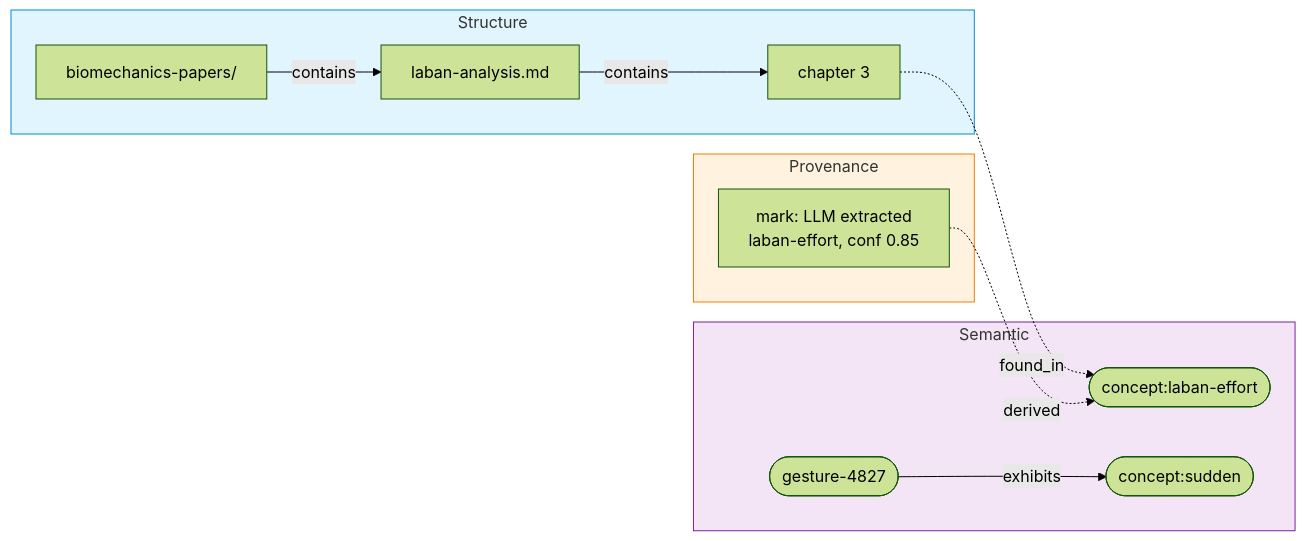
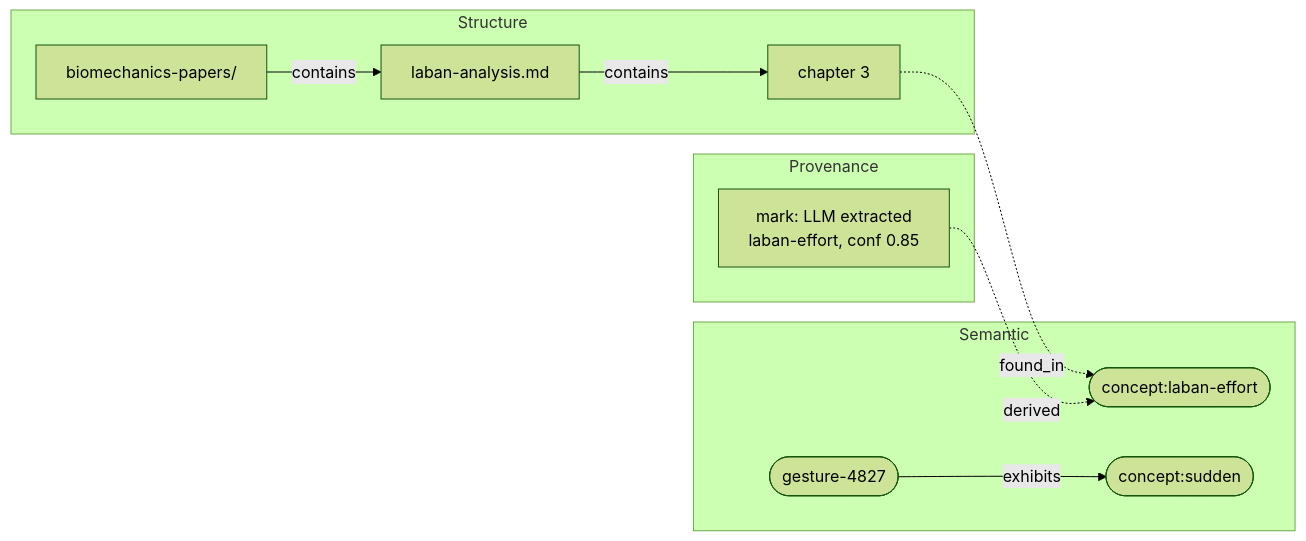
The fifth of 7 diagrams in docs/semantic-adapters-design.md (nrgforge/plexus), drawn with Mermaid (forest theme) before and after one commit. The commit also changed other lines of this file and 1 other file, not shown here.

Commit message:
docs: remove background colors from mermaid diagrams

````diff
--- a/docs/semantic-adapters-design.md
+++ b/docs/semantic-adapters-design.md
@@ -264,29 +262,26 @@
 ```mermaid
 flowchart LR
     subgraph structure ["Structure"]
         dir1["biomechanics-papers/"]
         file1["laban-analysis.md"]
         sec1["chapter 3"]
         dir1 -->|contains| file1
         file1 -->|contains| sec1
     end
 
     subgraph semantic ["Semantic"]
         c1(["concept:laban-effort"])
         c3(["concept:sudden"])
         g1(["gesture-4827"])
         g1 -->|exhibits| c3
     end
 
     subgraph provenance ["Provenance"]
         mark1["mark: LLM extracted
         laban-effort, conf 0.85"]
     end
 
     sec1 -.->|found_in| c1
     mark1 -.->|derived| c1
 
-    style structure fill:#e1f5fe,stroke:#0288d1
-    style semantic fill:#f3e5f5,stroke:#7b1fa2
-    style provenance fill:#fff3e0,stroke:#f57c00
 ```
````
